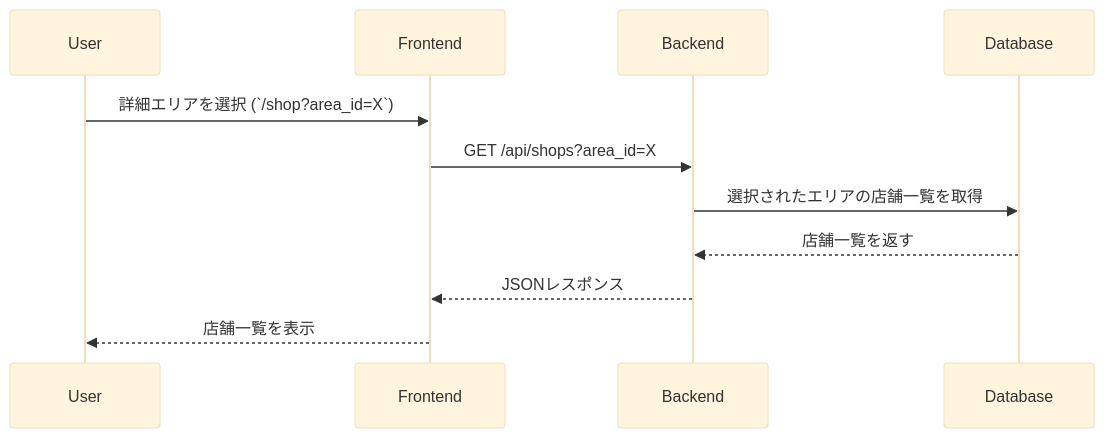
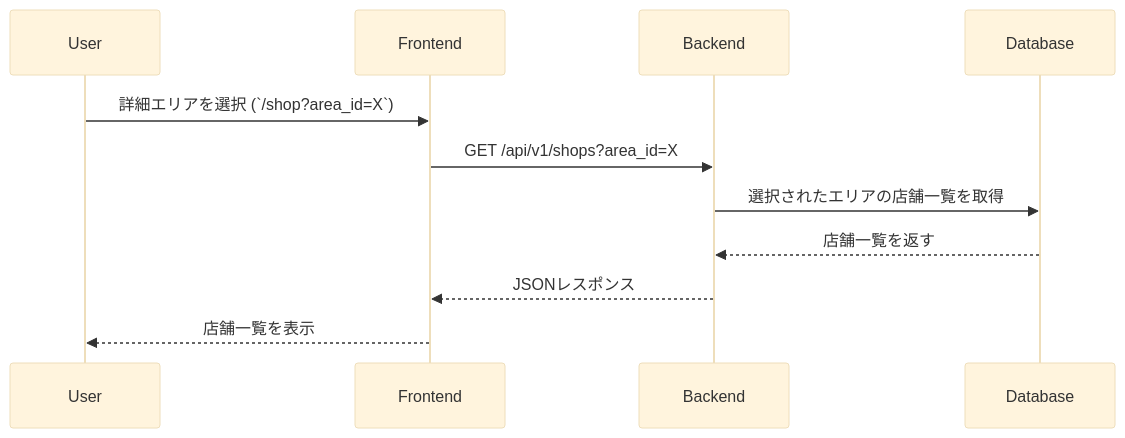
One commit to muranakaaa/secoma-record changed the seventh of 8 diagrams in README.md. Above: the diagram before and after it, drawn with Mermaid (base theme). The commit also changed other lines of this file, not shown here.

````diff
--- a/README.md
+++ b/README.md
@@ -251,14 +251,14 @@
 ```mermaid
 sequenceDiagram
     participant User
     participant Frontend
     participant Backend
     participant Database
 
     User->>Frontend: 詳細エリアを選択 (`/shop?area_id=X`)
-    Frontend->>Backend: GET /api/shops?area_id=X
+    Frontend->>Backend: GET /api/v1/shops?area_id=X
     Backend->>Database: 選択されたエリアの店舗一覧を取得
     Database-->>Backend: 店舗一覧を返す
     Backend-->>Frontend: JSONレスポンス
     Frontend-->>User: 店舗一覧を表示
 ```
````
